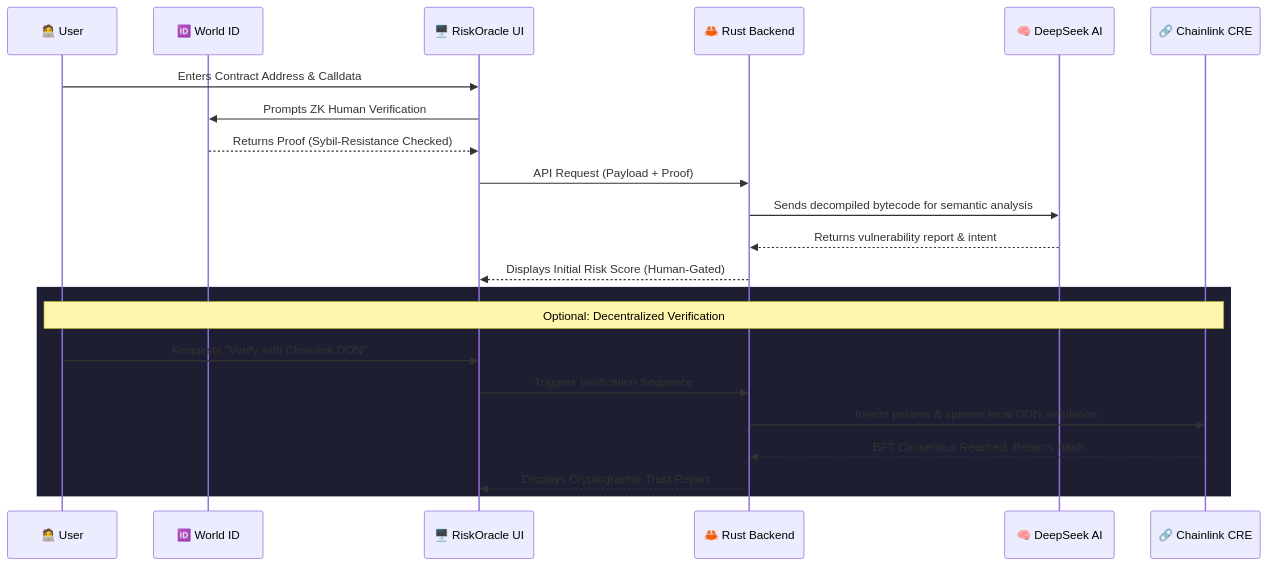
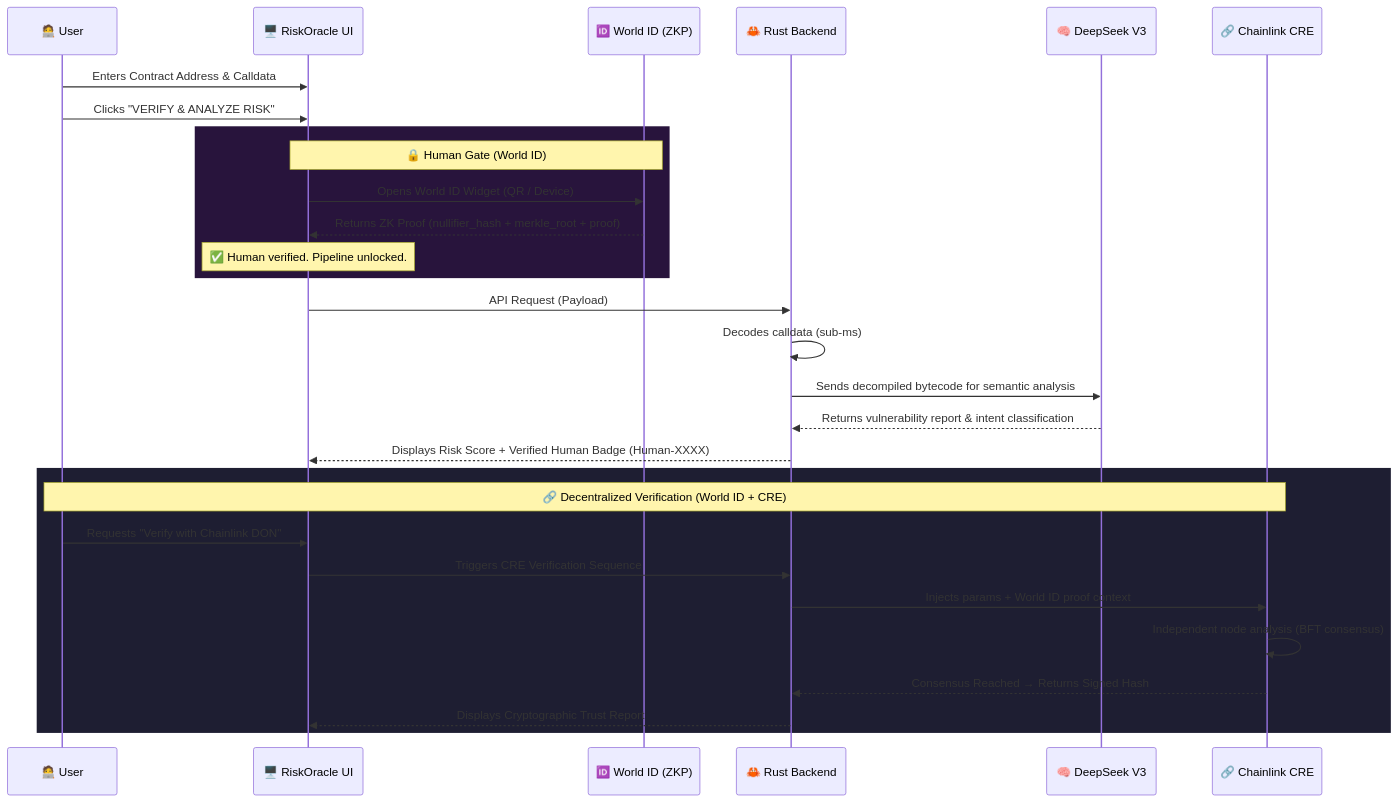
The diagram in README.md (Oriojas/RiskOracle), drawn with Mermaid before and after one commit. The commit also changed other lines of this file and 5 other files, not shown here.

````diff
--- a/README.md
+++ b/README.md
@@ -70,26 +106,35 @@
 ```mermaid
 sequenceDiagram
     participant User as 🧑‍💻 User
-    participant WorldID as 🆔 World ID
     participant UI as 🖥️ RiskOracle UI
+    participant WorldID as 🆔 World ID (ZKP)
     participant Rust as 🦀 Rust Backend
-    participant AI as 🧠 DeepSeek AI
+    participant AI as 🧠 DeepSeek V3
     participant CRE as 🔗 Chainlink CRE
 
     User->>UI: Enters Contract Address & Calldata
-    UI->>WorldID: Prompts ZK Human Verification
-    WorldID-->>UI: Returns Proof (Sybil-Resistance Checked)
-    UI->>Rust: API Request (Payload + Proof)
+    User->>UI: Clicks "VERIFY & ANALYZE RISK"
+
+    rect rgb(40, 20, 60)
+        Note over UI,WorldID: 🔒 Human Gate (World ID)
+        UI->>WorldID: Opens World ID Widget (QR / Device)
+        WorldID-->>UI: Returns ZK Proof (nullifier_hash + merkle_root + proof)
+        Note over UI: ✅ Human verified. Pipeline unlocked.
+    end
+
+    UI->>Rust: API Request (Payload)
+    Rust->>Rust: Decodes calldata (sub-ms)
     Rust->>AI: Sends decompiled bytecode for semantic analysis
-    AI-->>Rust: Returns vulnerability report & intent
-    Rust-->>UI: Displays Initial Risk Score (Human-Gated)
-    
+    AI-->>Rust: Returns vulnerability report & intent classification
+    Rust-->>UI: Displays Risk Score + Verified Human Badge (Human-XXXX)
+
     rect rgb(30, 30, 50)
-        Note over User,CRE: Optional: Decentralized Verification
+        Note over User,CRE: 🔗 Decentralized Verification (World ID + CRE)
         User->>UI: Requests "Verify with Chainlink DON"
-        UI->>Rust: Triggers Verification Sequence
-        Rust->>CRE: Injects params & spawns local DON simulation
-        CRE-->>Rust: BFT Consensus Reached. Returns Hash
+        UI->>Rust: Triggers CRE Verification Sequence
+        Rust->>CRE: Injects params + World ID proof context
+        CRE->>CRE: Independent node analysis (BFT consensus)
+        CRE-->>Rust: Consensus Reached → Returns Signed Hash
         Rust-->>UI: Displays Cryptographic Trust Report
     end
 ```
````
